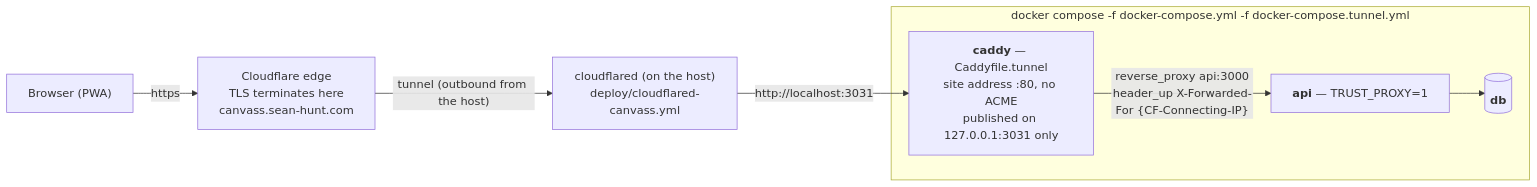
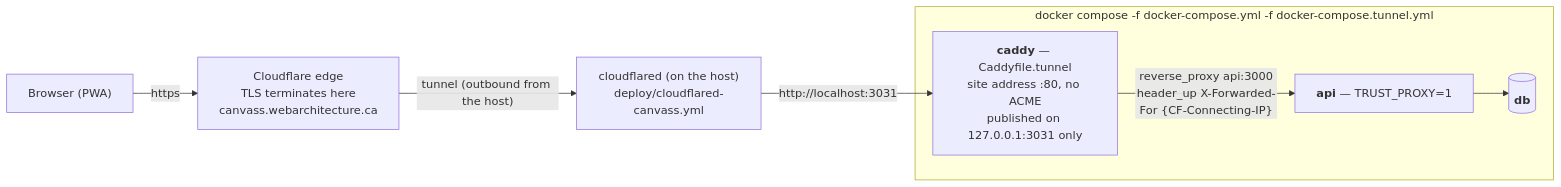
The second of 2 diagrams in docs/README.md (smhunt/CanvassOS), drawn with Mermaid before and after one commit. The commit also changed other lines of this file and 5 other files, not shown here.

````diff
--- a/docs/README.md
+++ b/docs/README.md
@@ -72,18 +80,18 @@
 ```mermaid
 flowchart LR
     B["Browser (PWA)"]
-    CF["Cloudflare edge<br/>TLS terminates here<br/>canvass.sean-hunt.com"]
+    CF["Cloudflare edge<br/>TLS terminates here<br/>canvass.webarchitecture.ca"]
     CLD["cloudflared (on the host)<br/>deploy/cloudflared-canvass.yml"]
 
     subgraph compose["docker compose -f docker-compose.yml -f docker-compose.tunnel.yml"]
         CA["<b>caddy</b> — Caddyfile.tunnel<br/>site address :80, no ACME<br/>published on 127.0.0.1:3031 only"]
         API["<b>api</b> — TRUST_PROXY=1"]
         DB[("<b>db</b>")]
     end
 
     B -- https --> CF
     CF -- "tunnel (outbound from the host)" --> CLD
     CLD -- "http://localhost:3031" --> CA
     CA -- "reverse_proxy api:3000<br/>header_up X-Forwarded-For {CF-Connecting-IP}" --> API
     API --> DB
 ```
````
